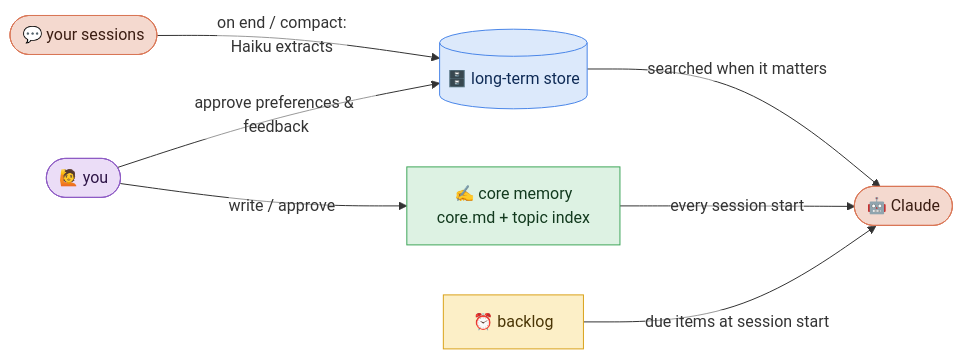
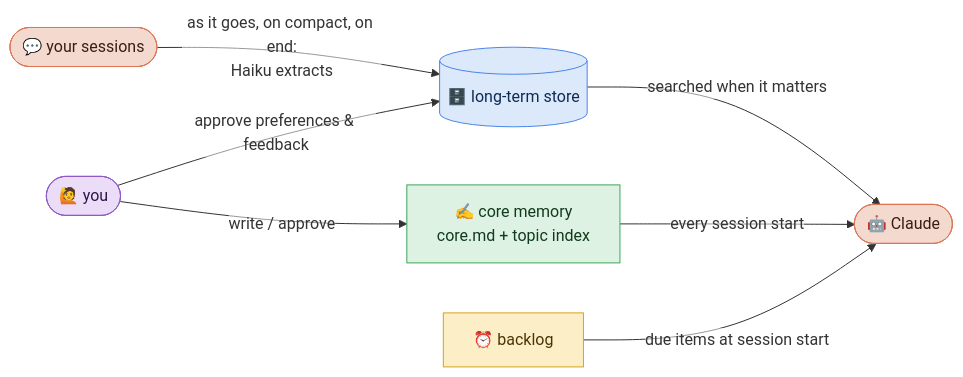
Before and after one commit to Nevysha/claudysha: the second of 2 diagrams in README.md, drawn with Mermaid. The commit also changed other lines of this file and 5 other files, not shown here.

First line of the commit message:
feat(memory): extract during long sessions from the Stop hook

````diff
--- a/README.md
+++ b/README.md
@@ -151,21 +151,21 @@
 ```mermaid
 %%{init: {'themeVariables': {'edgeLabelBackground': '#ffffff00'}, 'themeCSS': '.labelBkg { background-color: transparent !important; }'}}%%
 flowchart LR
-    S(["💬 your sessions"]) -->|"on end / compact:<br/>Haiku extracts"| LT[("🗄️ long-term store")]
+    S(["💬 your sessions"]) -->|"as it goes, on compact, on end:<br/>Haiku extracts"| LT[("🗄️ long-term store")]
     LT -->|"searched when it matters"| C(["🤖 Claude"])
     CORE["✍️ core memory<br/>core.md + topic index"] -->|"every session start"| C
     BL["⏰ backlog"] -->|"due items at session start"| C
     U(["🙋 you"]) -->|"write / approve"| CORE
     U -->|"approve preferences & feedback"| LT
 
     classDef claude fill:#F4D9CF,stroke:#D97757,color:#3B1D12
     classDef you fill:#EBDDF7,stroke:#8E5CC4,color:#2E1547
     classDef store fill:#DCE9FB,stroke:#4A86E8,color:#0E2A55
     classDef core fill:#DDF2E3,stroke:#3FA65A,color:#123A1E
     classDef backlog fill:#FCEFC7,stroke:#D9A21B,color:#4A3505
     class S,C claude
     class U you
     class LT store
     class CORE core
     class BL backlog
 ```
````
